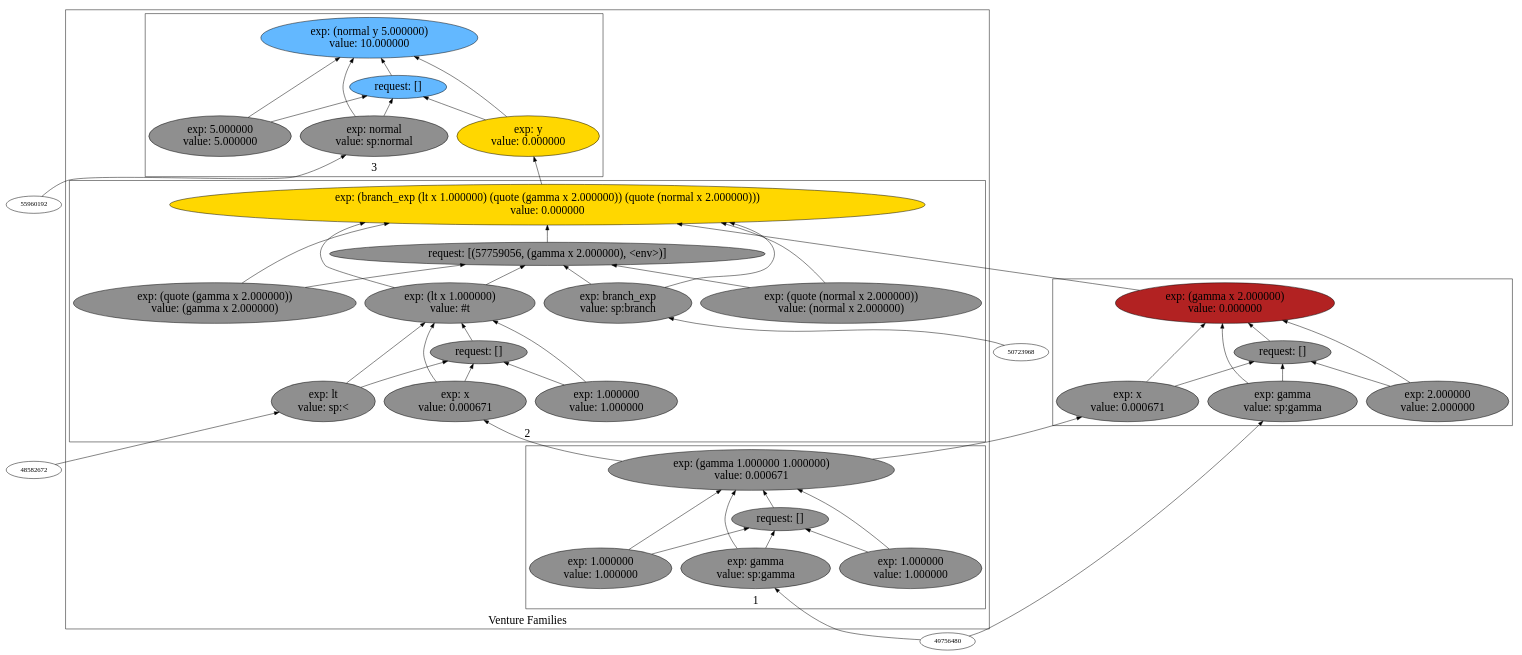
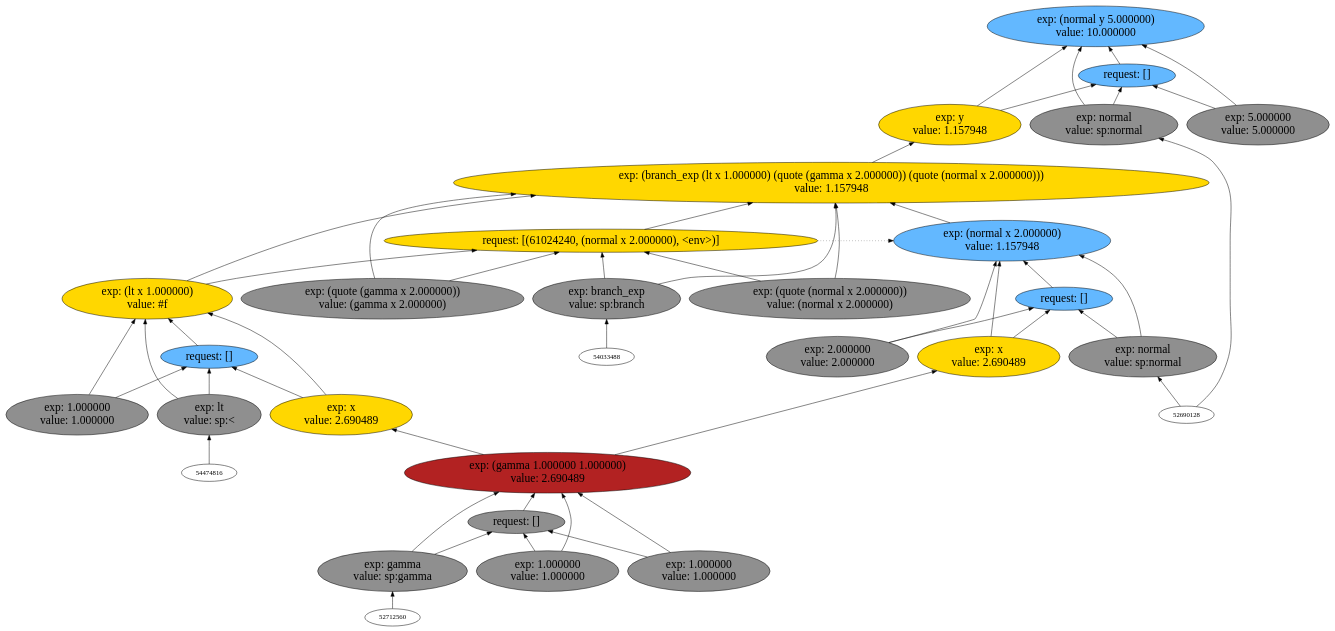
Before and after one commit to probcomp/Venturecxx: the diagram in backend/cxx/graphs/erg1/dot5.dot, drawn with Graphviz. The commit also changed 23 other files, not shown here.

Commit message:
Rendering schematics.

```diff
--- a/backend/cxx/graphs/erg1/dot5.dot
+++ b/backend/cxx/graphs/erg1/dot5.dot
@@ -1,96 +1,97 @@
 digraph {
 rankdir=BT
 fontsize=24
-subgraph cluster1 {
+subgraph clster1 {
 label="Venture Families"
-subgraph cluster2 {
+subgraph clster2 {
 label="1"
-"58182000"["fillcolor"="grey56" "fontsize"="24" "label"="exp: (gamma 1.000000 1.000000)\nvalue: 0.000671" "shape"="ellipse" "style"="filled" ]
-"57820576"["fillcolor"="grey56" "fontsize"="24" "label"="request: []" "shape"="ellipse" "style"="filled" ]
-"56189504"["fillcolor"="grey56" "fontsize"="24" "label"="exp: gamma\nvalue: sp:gamma" "shape"="ellipse" "style"="filled" ]
-"56908640"["fillcolor"="grey56" "fontsize"="24" "label"="exp: 1.000000\nvalue: 1.000000" "shape"="ellipse" "style"="filled" ]
-"57045648"["fillcolor"="grey56" "fontsize"="24" "label"="exp: 1.000000\nvalue: 1.000000" "shape"="ellipse" "style"="filled" ]
+"60032512"["fillcolor"="firebrick" "fontsize"="24" "label"="exp: (gamma 1.000000 1.000000)\nvalue: 2.690489" "shape"="ellipse" "style"="filled" ]
+"59581664"["fillcolor"="grey56" "fontsize"="24" "label"="request: []" "shape"="ellipse" "style"="filled" ]
+"60730192"["fillcolor"="grey56" "fontsize"="24" "label"="exp: gamma\nvalue: sp:gamma" "shape"="ellipse" "style"="filled" ]
+"58687760"["fillcolor"="grey56" "fontsize"="24" "label"="exp: 1.000000\nvalue: 1.000000" "shape"="ellipse" "style"="filled" ]
+"59543920"["fillcolor"="grey56" "fontsize"="24" "label"="exp: 1.000000\nvalue: 1.000000" "shape"="ellipse" "style"="filled" ]
 }
 
-subgraph cluster3 {
+subgraph clster3 {
 label="2"
-"58525680"["fillcolor"="gold" "fontsize"="24" "label"="exp: (branch_exp (lt x 1.000000) (quote (gamma x 2.000000)) (quote (normal x 2.000000)))\nvalue: 0.000000" "shape"="ellipse" "style"="filled" ]
-"57759056"["fillcolor"="grey56" "fontsize"="24" "label"="request: [(57759056, (gamma x 2.000000), <env>)]" "shape"="ellipse" "style"="filled" ]
-"57083392"["fillcolor"="grey56" "fontsize"="24" "label"="exp: branch_exp\nvalue: sp:branch" "shape"="ellipse" "style"="filled" ]
-"57534240"["fillcolor"="grey56" "fontsize"="24" "label"="exp: (lt x 1.000000)\nvalue: #t" "shape"="ellipse" "style"="filled" ]
-"57499296"["fillcolor"="grey56" "fontsize"="24" "label"="request: []" "shape"="ellipse" "style"="filled" ]
-"56365488"["fillcolor"="grey56" "fontsize"="24" "label"="exp: lt\nvalue: sp:<" "shape"="ellipse" "style"="filled" ]
-"56497664"["fillcolor"="grey56" "fontsize"="24" "label"="exp: x\nvalue: 0.000671" "shape"="ellipse" "style"="filled" ]
-"56100400"["fillcolor"="grey56" "fontsize"="24" "label"="exp: 1.000000\nvalue: 1.000000" "shape"="ellipse" "style"="filled" ]
-"56301184"["fillcolor"="grey56" "fontsize"="24" "label"="exp: (quote (gamma x 2.000000))\nvalue: (gamma x 2.000000)" "shape"="ellipse" "style"="filled" ]
-"56184528"["fillcolor"="grey56" "fontsize"="24" "label"="exp: (quote (normal x 2.000000))\nvalue: (normal x 2.000000)" "shape"="ellipse" "style"="filled" ]
+"58863744"["fillcolor"="gold" "fontsize"="24" "label"="exp: (branch_exp (lt x 1.000000) (quote (gamma x 2.000000)) (quote (normal x 2.000000)))\nvalue: 1.157948" "shape"="ellipse" "style"="filled" ]
+"61024240"["fillcolor"="gold" "fontsize"="24" "label"="request: [(61024240, (normal x 2.000000), <env>)]" "shape"="ellipse" "style"="filled" ]
+"58995920"["fillcolor"="grey56" "fontsize"="24" "label"="exp: branch_exp\nvalue: sp:branch" "shape"="ellipse" "style"="filled" ]
+"58799440"["fillcolor"="gold" "fontsize"="24" "label"="exp: (lt x 1.000000)\nvalue: #f" "shape"="ellipse" "style"="filled" ]
+"58598656"["fillcolor"="steelblue1" "fontsize"="24" "label"="request: []" "shape"="ellipse" "style"="filled" ]
+"58682784"["fillcolor"="grey56" "fontsize"="24" "label"="exp: lt\nvalue: sp:<" "shape"="ellipse" "style"="filled" ]
+"58846304"["fillcolor"="gold" "fontsize"="24" "label"="exp: x\nvalue: 2.690489" "shape"="ellipse" "style"="filled" ]
+"59036848"["fillcolor"="grey56" "fontsize"="24" "label"="exp: 1.000000\nvalue: 1.000000" "shape"="ellipse" "style"="filled" ]
+"58570656"["fillcolor"="grey56" "fontsize"="24" "label"="exp: (quote (gamma x 2.000000))\nvalue: (gamma x 2.000000)" "shape"="ellipse" "style"="filled" ]
+"59044160"["fillcolor"="grey56" "fontsize"="24" "label"="exp: (quote (normal x 2.000000))\nvalue: (normal x 2.000000)" "shape"="ellipse" "style"="filled" ]
 }
 
-subgraph cluster4 {
+subgraph clster4 {
 label="3"
-"56266672"["fillcolor"="steelblue1" "fontsize"="24" "label"="exp: (normal y 5.000000)\nvalue: 10.000000" "shape"="ellipse" "style"="filled" ]
-"58535664"["fillcolor"="steelblue1" "fontsize"="24" "label"="request: []" "shape"="ellipse" "style"="filled" ]
-"56981728"["fillcolor"="grey56" "fontsize"="24" "label"="exp: normal\nvalue: sp:normal" "shape"="ellipse" "style"="filled" ]
-"57032928"["fillcolor"="gold" "fontsize"="24" "label"="exp: y\nvalue: 0.000000" "shape"="ellipse" "style"="filled" ]
-"57069104"["fillcolor"="grey56" "fontsize"="24" "label"="exp: 5.000000\nvalue: 5.000000" "shape"="ellipse" "style"="filled" ]
+"59642864"["fillcolor"="steelblue1" "fontsize"="24" "label"="exp: (normal y 5.000000)\nvalue: 10.000000" "shape"="ellipse" "style"="filled" ]
+"59605120"["fillcolor"="steelblue1" "fontsize"="24" "label"="request: []" "shape"="ellipse" "style"="filled" ]
+"59680608"["fillcolor"="grey56" "fontsize"="24" "label"="exp: normal\nvalue: sp:normal" "shape"="ellipse" "style"="filled" ]
+"59718352"["fillcolor"="gold" "fontsize"="24" "label"="exp: y\nvalue: 1.157948" "shape"="ellipse" "style"="filled" ]
+"59756096"["fillcolor"="grey56" "fontsize"="24" "label"="exp: 5.000000\nvalue: 5.000000" "shape"="ellipse" "style"="filled" ]
 }
 
 }
 
-subgraph cluster5 {
+subgraph clster5 {
 label=""
-"56538592"["fillcolor"="firebrick" "fontsize"="24" "label"="exp: (gamma x 2.000000)\nvalue: 0.000000" "shape"="ellipse" "style"="filled" ]
-"56348048"["fillcolor"="grey56" "fontsize"="24" "label"="request: []" "shape"="ellipse" "style"="filled" ]
-"56072400"["fillcolor"="grey56" "fontsize"="24" "label"="exp: gamma\nvalue: sp:gamma" "shape"="ellipse" "style"="filled" ]
-"56858176"["fillcolor"="grey56" "fontsize"="24" "label"="exp: x\nvalue: 0.000671" "shape"="ellipse" "style"="filled" ]
-"56894352"["fillcolor"="grey56" "fontsize"="24" "label"="exp: 2.000000\nvalue: 2.000000" "shape"="ellipse" "style"="filled" ]
+"59392624"["fillcolor"="steelblue1" "fontsize"="24" "label"="exp: (normal x 2.000000)\nvalue: 1.157948" "shape"="ellipse" "style"="filled" ]
+"59356448"["fillcolor"="steelblue1" "fontsize"="24" "label"="request: []" "shape"="ellipse" "style"="filled" ]
+"59443824"["fillcolor"="grey56" "fontsize"="24" "label"="exp: normal\nvalue: sp:normal" "shape"="ellipse" "style"="filled" ]
+"59480000"["fillcolor"="gold" "fontsize"="24" "label"="exp: x\nvalue: 2.690489" "shape"="ellipse" "style"="filled" ]
+"59531200"["fillcolor"="grey56" "fontsize"="24" "label"="exp: 2.000000\nvalue: 2.000000" "shape"="ellipse" "style"="filled" ]
 }
 
-"56981728" -> "56266672"["arrowhead"="normal" "color"="black" "style"="solid" ]
-"56981728" -> "58535664"["arrowhead"="normal" "color"="black" "style"="solid" ]
-"55960192" -> "56981728"["arrowhead"="normal" "color"="black" "style"="solid" ]
-"57032928" -> "56266672"["arrowhead"="normal" "color"="black" "style"="solid" ]
-"57032928" -> "58535664"["arrowhead"="normal" "color"="black" "style"="solid" ]
-"58525680" -> "57032928"["arrowhead"="normal" "color"="black" "style"="solid" ]
-"57069104" -> "56266672"["arrowhead"="normal" "color"="black" "style"="solid" ]
-"57069104" -> "58535664"["arrowhead"="normal" "color"="black" "style"="solid" ]
-"58535664" -> "56266672"["arrowhead"="normal" "color"="black" "style"="solid" ]
-"56072400" -> "56538592"["arrowhead"="normal" "color"="black" "style"="solid" ]
-"56072400" -> "56348048"["arrowhead"="normal" "color"="black" "style"="solid" ]
-"49756480" -> "56072400"["arrowhead"="normal" "color"="black" "style"="solid" ]
-"56858176" -> "56538592"["arrowhead"="normal" "color"="black" "style"="solid" ]
-"56858176" -> "56348048"["arrowhead"="normal" "color"="black" "style"="solid" ]
-"58182000" -> "56858176"["arrowhead"="normal" "color"="black" "style"="solid" ]
-"56894352" -> "56538592"["arrowhead"="normal" "color"="black" "style"="solid" ]
-"56894352" -> "56348048"["arrowhead"="normal" "color"="black" "style"="solid" ]
-"56348048" -> "56538592"["arrowhead"="normal" "color"="black" "style"="solid" ]
-"56189504" -> "58182000"["arrowhead"="normal" "color"="black" "style"="solid" ]
-"56189504" -> "57820576"["arrowhead"="normal" "color"="black" "style"="solid" ]
-"49756480" -> "56189504"["arrowhead"="normal" "color"="black" "style"="solid" ]
-"56908640" -> "58182000"["arrowhead"="normal" "color"="black" "style"="solid" ]
-"56908640" -> "57820576"["arrowhead"="normal" "color"="black" "style"="solid" ]
-"57045648" -> "58182000"["arrowhead"="normal" "color"="black" "style"="solid" ]
-"57045648" -> "57820576"["arrowhead"="normal" "color"="black" "style"="solid" ]
-"57820576" -> "58182000"["arrowhead"="normal" "color"="black" "style"="solid" ]
-"57083392" -> "58525680"["arrowhead"="normal" "color"="black" "style"="solid" ]
-"57083392" -> "57759056"["arrowhead"="normal" "color"="black" "style"="solid" ]
-"50723968" -> "57083392"["arrowhead"="normal" "color"="black" "style"="solid" ]
-"57534240" -> "58525680"["arrowhead"="normal" "color"="black" "style"="solid" ]
-"57534240" -> "57759056"["arrowhead"="normal" "color"="black" "style"="solid" ]
-"56365488" -> "57534240"["arrowhead"="normal" "color"="black" "style"="solid" ]
-"56365488" -> "57499296"["arrowhead"="normal" "color"="black" "style"="solid" ]
-"48582672" -> "56365488"["arrowhead"="normal" "color"="black" "style"="solid" ]
-"56497664" -> "57534240"["arrowhead"="normal" "color"="black" "style"="solid" ]
-"56497664" -> "57499296"["arrowhead"="normal" "color"="black" "style"="solid" ]
-"58182000" -> "56497664"["arrowhead"="normal" "color"="black" "style"="solid" ]
-"56100400" -> "57534240"["arrowhead"="normal" "color"="black" "style"="solid" ]
-"56100400" -> "57499296"["arrowhead"="normal" "color"="black" "style"="solid" ]
-"57499296" -> "57534240"["arrowhead"="normal" "color"="black" "style"="solid" ]
-"56301184" -> "58525680"["arrowhead"="normal" "color"="black" "style"="solid" ]
-"56301184" -> "57759056"["arrowhead"="normal" "color"="black" "style"="solid" ]
-"56184528" -> "58525680"["arrowhead"="normal" "color"="black" "style"="solid" ]
-"56184528" -> "57759056"["arrowhead"="normal" "color"="black" "style"="solid" ]
-"57759056" -> "58525680"["arrowhead"="normal" "color"="black" "style"="solid" ]
-"56538592" -> "58525680"["arrowhead"="normal" "color"="black" "style"="solid" ]
+"58995920" -> "58863744"["arrowhead"="normal" "color"="black" "constraint"="true" "style"="solid" ]
+"58995920" -> "61024240"["arrowhead"="normal" "color"="black" "constraint"="true" "style"="solid" ]
+"54033488" -> "58995920"["arrowhead"="normal" "color"="black" "constraint"="true" "style"="solid" ]
+"58799440" -> "58863744"["arrowhead"="normal" "color"="black" "constraint"="true" "style"="solid" ]
+"58799440" -> "61024240"["arrowhead"="normal" "color"="black" "constraint"="true" "style"="solid" ]
+"58682784" -> "58799440"["arrowhead"="normal" "color"="black" "constraint"="true" "style"="solid" ]
+"58682784" -> "58598656"["arrowhead"="normal" "color"="black" "constraint"="true" "style"="solid" ]
+"54474816" -> "58682784"["arrowhead"="normal" "color"="black" "constraint"="true" "style"="solid" ]
+"58846304" -> "58799440"["arrowhead"="normal" "color"="black" "constraint"="true" "style"="solid" ]
+"58846304" -> "58598656"["arrowhead"="normal" "color"="black" "constraint"="true" "style"="solid" ]
+"60032512" -> "58846304"["arrowhead"="normal" "color"="black" "constraint"="true" "style"="solid" ]
+"59036848" -> "58799440"["arrowhead"="normal" "color"="black" "constraint"="true" "style"="solid" ]
+"59036848" -> "58598656"["arrowhead"="normal" "color"="black" "constraint"="true" "style"="solid" ]
+"58598656" -> "58799440"["arrowhead"="normal" "color"="black" "constraint"="true" "style"="solid" ]
+"58570656" -> "58863744"["arrowhead"="normal" "color"="black" "constraint"="true" "style"="solid" ]
+"58570656" -> "61024240"["arrowhead"="normal" "color"="black" "constraint"="true" "style"="solid" ]
+"59044160" -> "58863744"["arrowhead"="normal" "color"="black" "constraint"="true" "style"="solid" ]
+"59044160" -> "61024240"["arrowhead"="normal" "color"="black" "constraint"="true" "style"="solid" ]
+"61024240" -> "58863744"["arrowhead"="normal" "color"="black" "constraint"="true" "style"="solid" ]
+"59392624" -> "58863744"["arrowhead"="normal" "color"="black" "constraint"="true" "style"="solid" ]
+"61024240" -> "59392624"["arrowhead"="normal" "color"="black" "constraint"="false" "style"="dotted" ]
+"59443824" -> "59392624"["arrowhead"="normal" "color"="black" "constraint"="true" "style"="solid" ]
+"59443824" -> "59356448"["arrowhead"="normal" "color"="black" "constraint"="true" "style"="solid" ]
+"52690128" -> "59443824"["arrowhead"="normal" "color"="black" "constraint"="true" "style"="solid" ]
+"59480000" -> "59392624"["arrowhead"="normal" "color"="black" "constraint"="true" "style"="solid" ]
+"59480000" -> "59356448"["arrowhead"="normal" "color"="black" "constraint"="true" "style"="solid" ]
+"60032512" -> "59480000"["arrowhead"="normal" "color"="black" "constraint"="true" "style"="solid" ]
+"59531200" -> "59392624"["arrowhead"="normal" "color"="black" "constraint"="true" "style"="solid" ]
+"59531200" -> "59356448"["arrowhead"="normal" "color"="black" "constraint"="true" "style"="solid" ]
+"59356448" -> "59392624"["arrowhead"="normal" "color"="black" "constraint"="true" "style"="solid" ]
+"59680608" -> "59642864"["arrowhead"="normal" "color"="black" "constraint"="true" "style"="solid" ]
+"59680608" -> "59605120"["arrowhead"="normal" "color"="black" "constraint"="true" "style"="solid" ]
+"52690128" -> "59680608"["arrowhead"="normal" "color"="black" "constraint"="true" "style"="solid" ]
+"59718352" -> "59642864"["arrowhead"="normal" "color"="black" "constraint"="true" "style"="solid" ]
+"59718352" -> "59605120"["arrowhead"="normal" "color"="black" "constraint"="true" "style"="solid" ]
+"58863744" -> "59718352"["arrowhead"="normal" "color"="black" "constraint"="true" "style"="solid" ]
+"59756096" -> "59642864"["arrowhead"="normal" "color"="black" "constraint"="true" "style"="solid" ]
+"59756096" -> "59605120"["arrowhead"="normal" "color"="black" "constraint"="true" "style"="solid" ]
+"59605120" -> "59642864"["arrowhead"="normal" "color"="black" "constraint"="true" "style"="solid" ]
+"60730192" -> "60032512"["arrowhead"="normal" "color"="black" "constraint"="true" "style"="solid" ]
+"60730192" -> "59581664"["arrowhead"="normal" "color"="black" "constraint"="true" "style"="solid" ]
+"52712560" -> "60730192"["arrowhead"="normal" "color"="black" "constraint"="true" "style"="solid" ]
+"58687760" -> "60032512"["arrowhead"="normal" "color"="black" "constraint"="true" "style"="solid" ]
+"58687760" -> "59581664"["arrowhead"="normal" "color"="black" "constraint"="true" "style"="solid" ]
+"59543920" -> "60032512"["arrowhead"="normal" "color"="black" "constraint"="true" "style"="solid" ]
+"59543920" -> "59581664"["arrowhead"="normal" "color"="black" "constraint"="true" "style"="solid" ]
+"59581664" -> "60032512"["arrowhead"="normal" "color"="black" "constraint"="true" "style"="solid" ]
 
 }
```
